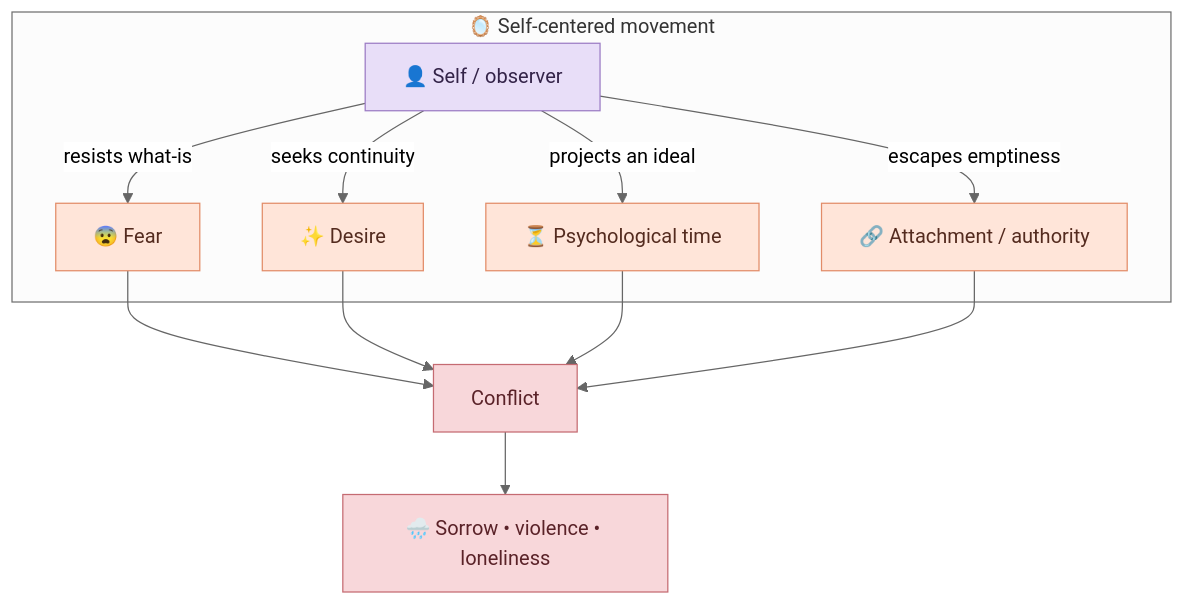
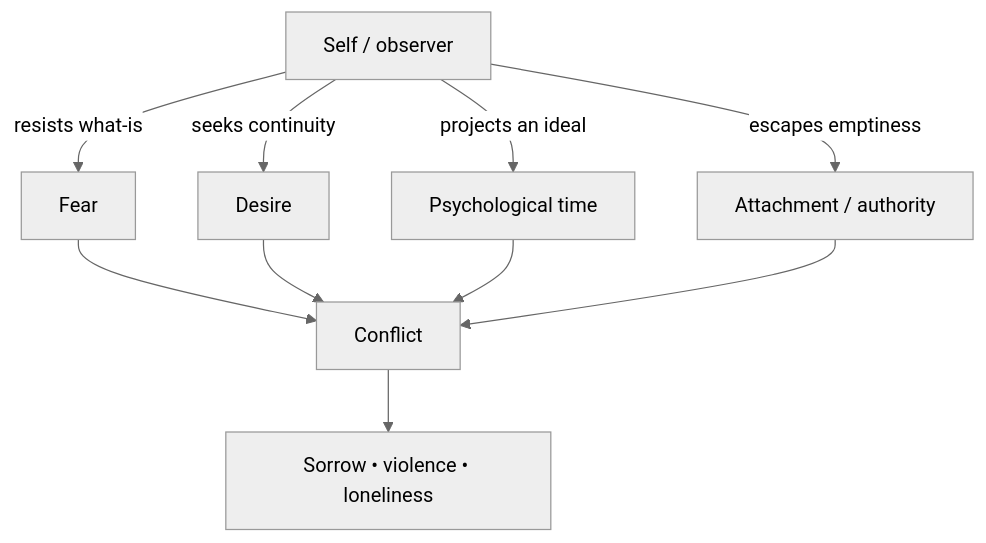
The sixth of 8 diagrams in _posts/2026-09-08-architecture-of-the-mind-krishnamurti.md (enogrob/enogrob.github.io), drawn with Mermaid (neutral theme) before and after one commit. The commit also changed other lines of this file and 3 other files, not shown here.

````diff
--- a/_posts/2026-09-08-architecture-of-the-mind-krishnamurti.md
+++ b/_posts/2026-09-08-architecture-of-the-mind-krishnamurti.md
@@ -268,27 +154,12 @@
 ```mermaid!
 flowchart TD
-    subgraph SELF["🪞 Self-centered movement"]
-      S["👤 Self / observer"]
-      F["😨 Fear"]
-      D["✨ Desire"]
-      T["⏳ Psychological time"]
-      A["🔗 Attachment / authority"]
-      S -->|resists what-is| F
-      S -->|seeks continuity| D
-      S -->|projects an ideal| T
-      S -->|escapes emptiness| A
-    end
-
+    S["Self / observer"] -->|resists what-is| F["Fear"]
+    S -->|seeks continuity| D["Desire"]
+    S -->|projects an ideal| T["Psychological time"]
+    S -->|escapes emptiness| A["Attachment / authority"]
     F --> C["Conflict"]
     D --> C
     T --> C
     A --> C
-    C --> R["🌧️ Sorrow • violence • loneliness"]
-
-    classDef self fill:#e8def8,stroke:#9b7bc4,color:#332348
-    classDef movement fill:#ffe5d9,stroke:#e28c68,color:#542b1f
-    classDef conflict fill:#f8d7da,stroke:#c56b72,color:#5a2228
-    class S self
-    class F,D,T,A movement
-    class C,R conflict
+    C --> R["Sorrow • violence • loneliness"]
 ```
````
